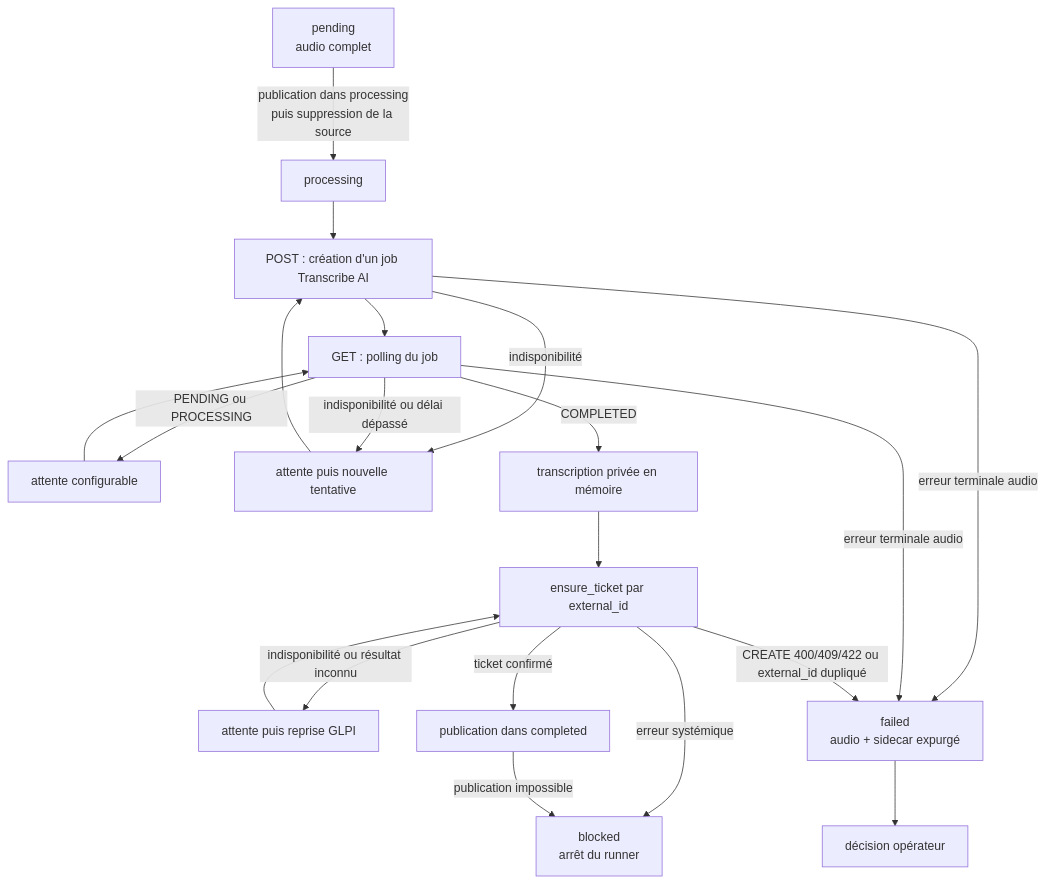
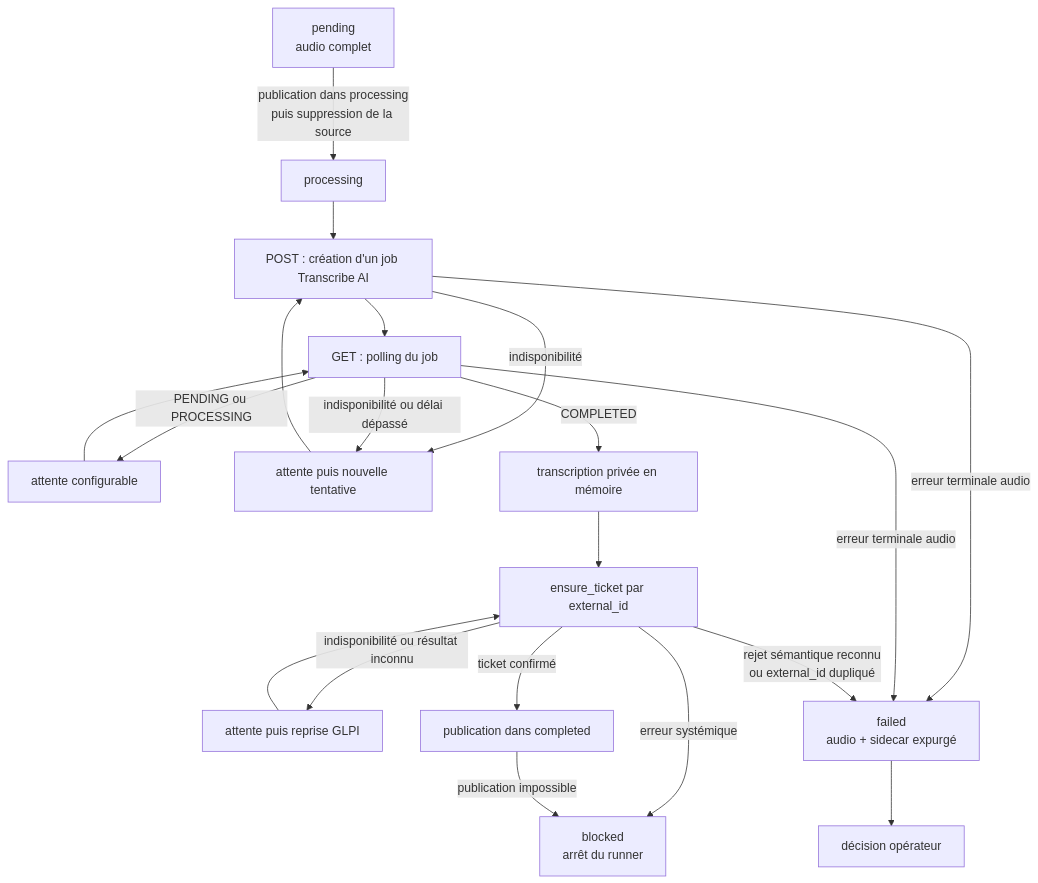
The diagram in apps/worker-automation/README.md (dev-vauclaire/mevo2glpi), drawn with Mermaid before and after one commit. The commit also changed other lines of this file and 1 other file, not shown here.

Commit message:
docs(project): document worker runtime and e2e flow

````diff
--- a/apps/worker-automation/README.md
+++ b/apps/worker-automation/README.md
@@ -55,22 +54,22 @@
 ```mermaid
 flowchart TD
     P["pending<br/>audio complet"] -->|"publication dans processing<br/>puis suppression de la source"| R["processing"]
     R --> S["POST : création d'un job Transcribe AI"]
     S --> G["GET : polling du job"]
     G -->|"PENDING ou PROCESSING"| W["attente configurable"]
     W --> G
     S -->|"indisponibilité"| U["attente puis nouvelle tentative"]
     G -->|"indisponibilité ou délai dépassé"| U
     U --> S
     G -->|"COMPLETED"| M["transcription privée en mémoire"]
     M --> T["ensure_ticket par external_id"]
     T -->|"indisponibilité ou résultat inconnu"| V["attente puis reprise GLPI"]
     V --> T
     T -->|"ticket confirmé"| C["publication dans completed"]
     S -->|"erreur terminale audio"| F["failed<br/>audio + sidecar expurgé"]
     G -->|"erreur terminale audio"| F
-    T -->|"CREATE 400/409/422 ou external_id dupliqué"| F
+    T -->|"rejet sémantique reconnu<br/>ou external_id dupliqué"| F
     T -->|"erreur systémique"| B["blocked<br/>arrêt du runner"]
     C -->|"publication impossible"| B
     F --> O["décision opérateur"]
 ```
````
